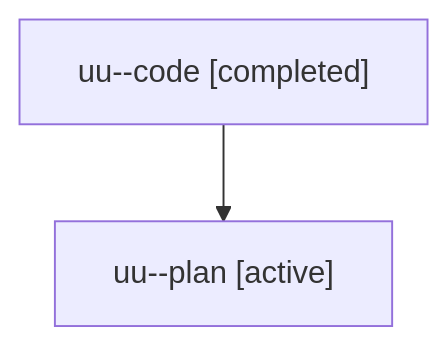
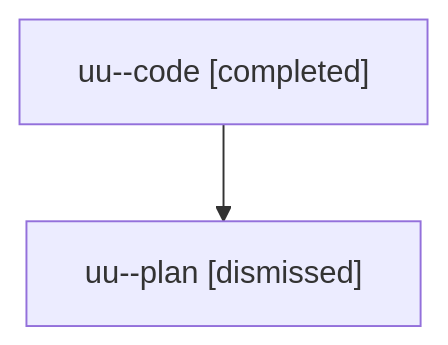
The diagram in sessions/bbugyi200.athena.uu.md (sase-org/sase--agents), drawn with Mermaid before and after one commit. The commit also changed other lines of this file and 36 other files, not shown here.

````diff
--- a/sessions/bbugyi200.athena.uu.md
+++ b/sessions/bbugyi200.athena.uu.md
@@ -9,6 +9,6 @@
 ```mermaid
 flowchart TD
   n0["uu--code [completed]"]
-  n1["uu--plan [active]"]
+  n1["uu--plan [dismissed]"]
   n0 --> n1
 ```
````
